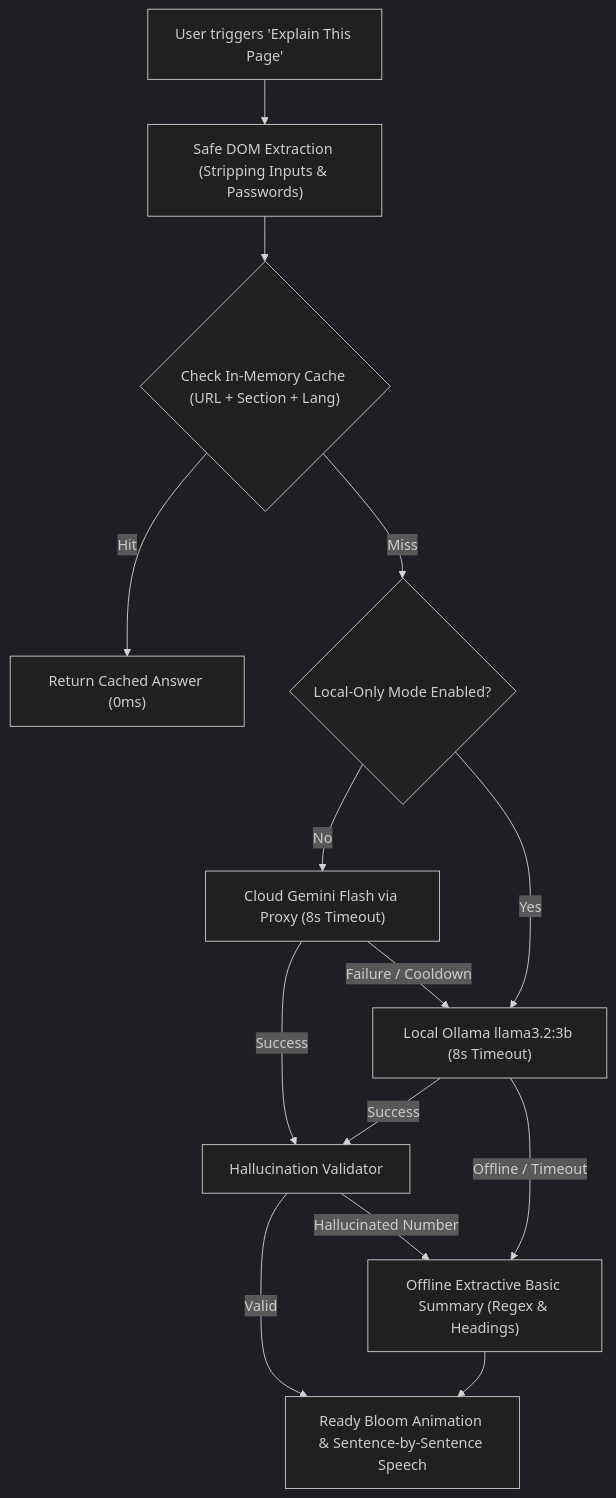
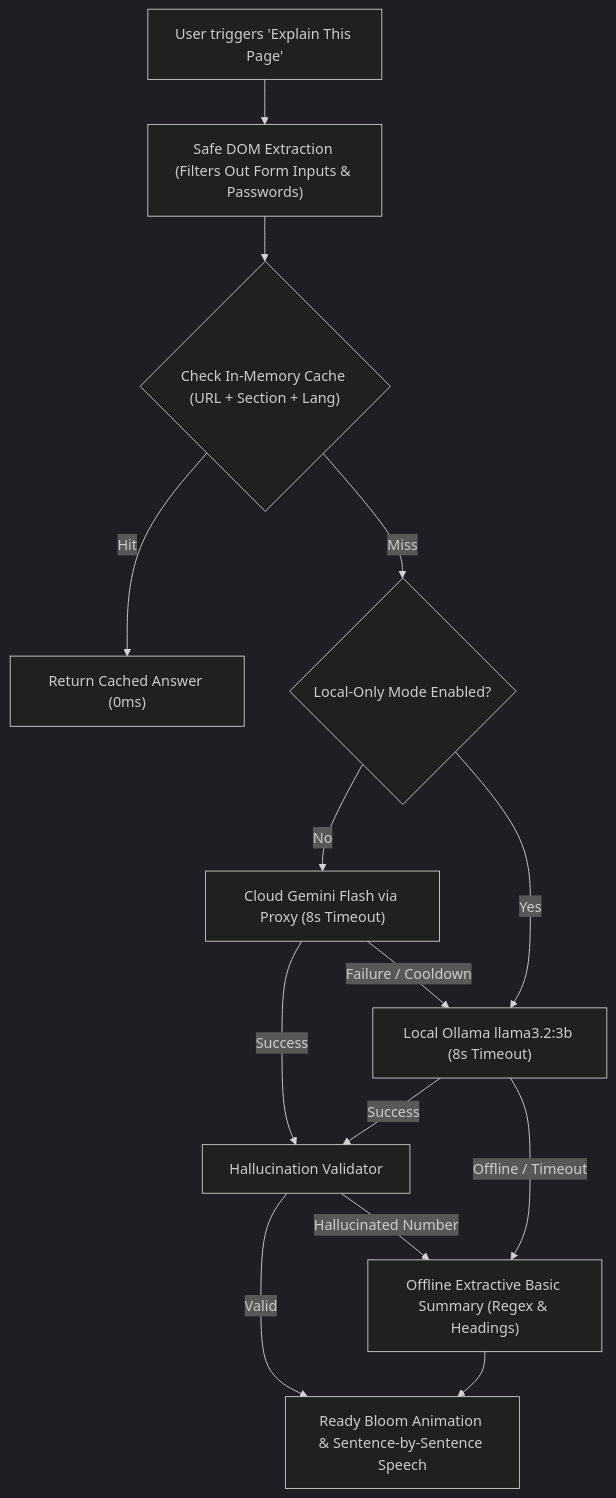
The diagram in README.md (vatsalpro/sleep), drawn with Mermaid (dark theme) before and after one commit. The commit also changed other lines of this file and 1 other file, not shown here.

````diff
--- a/README.md
+++ b/README.md
@@ -111,16 +103,16 @@
 ```mermaid
 flowchart TD
-    A["User triggers 'Explain This Page'"] --> B["Safe DOM Extraction (Stripping Inputs & Passwords)"]
+    A["User triggers 'Explain This Page'"] --> B["Safe DOM Extraction (Filters Out Form Inputs & Passwords)"]
     B --> C{"Check In-Memory Cache (URL + Section + Lang)"}
     C -- Hit --> D["Return Cached Answer (0ms)"]
     C -- Miss --> E{"Local-Only Mode Enabled?"}
     E -- No --> F["Cloud Gemini Flash via Proxy (8s Timeout)"]
     F -- Success --> G["Hallucination Validator"]
     F -- Failure / Cooldown --> H["Local Ollama llama3.2:3b (8s Timeout)"]
     E -- Yes --> H
     H -- Success --> G
     H -- Offline / Timeout --> I["Offline Extractive Basic Summary (Regex & Headings)"]
     G -- Valid --> J["Ready Bloom Animation & Sentence-by-Sentence Speech"]
     G -- Hallucinated Number --> I
     I --> J
 ```
````
